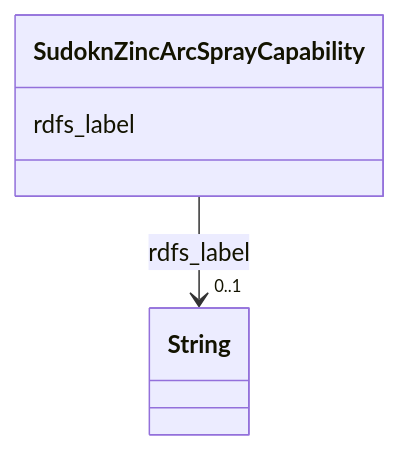
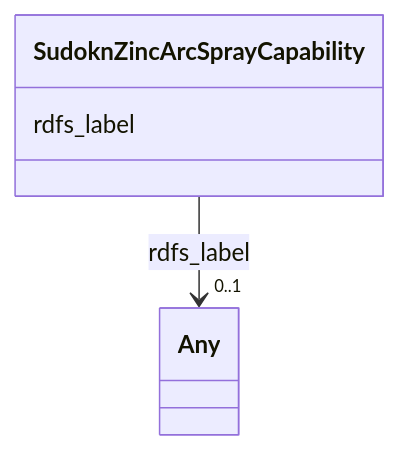
The diagram in sudokn-kg/classes/SudoknZincArcSprayCapability.md (frink-okn/graph-descriptions), drawn with Mermaid before and after one commit. The commit also changed other lines of this file and 903 other files, not shown here.

````diff
--- a/sudokn-kg/classes/SudoknZincArcSprayCapability.md
+++ b/sudokn-kg/classes/SudoknZincArcSprayCapability.md
@@ -23,15 +18,15 @@
 ```mermaid
  classDiagram
     class SudoknZincArcSprayCapability
     click SudoknZincArcSprayCapability href "../SudoknZincArcSprayCapability"
       SudoknZincArcSprayCapability : rdfs_label
         
           
     
     
-    SudoknZincArcSprayCapability --> "0..1" String : rdfs_label
-    click String href "../String"
+    SudoknZincArcSprayCapability --> "0..1" Any : rdfs_label
+    click Any href "../Any"
 
         
       
 ```
````
